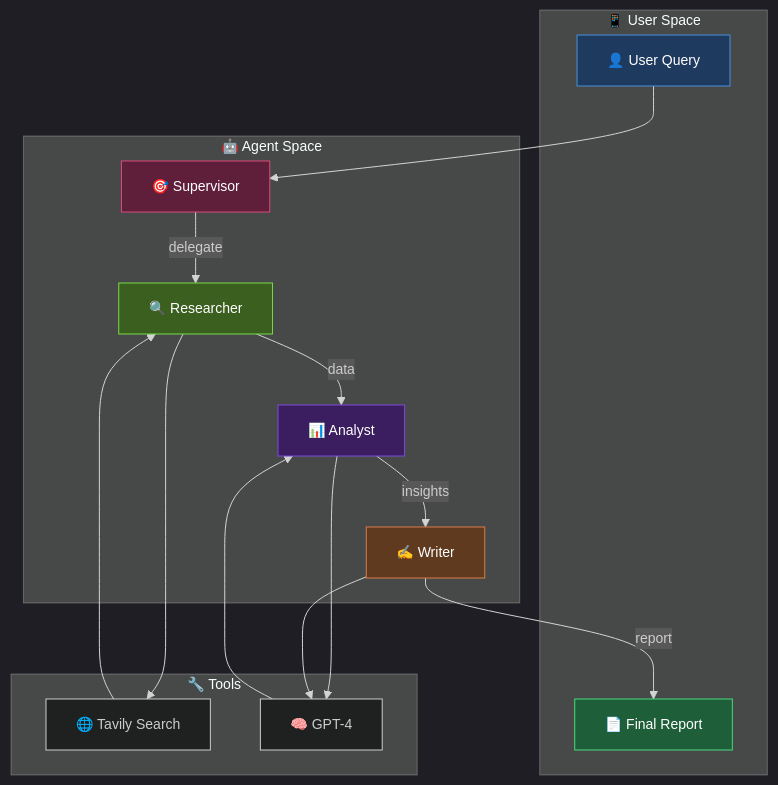
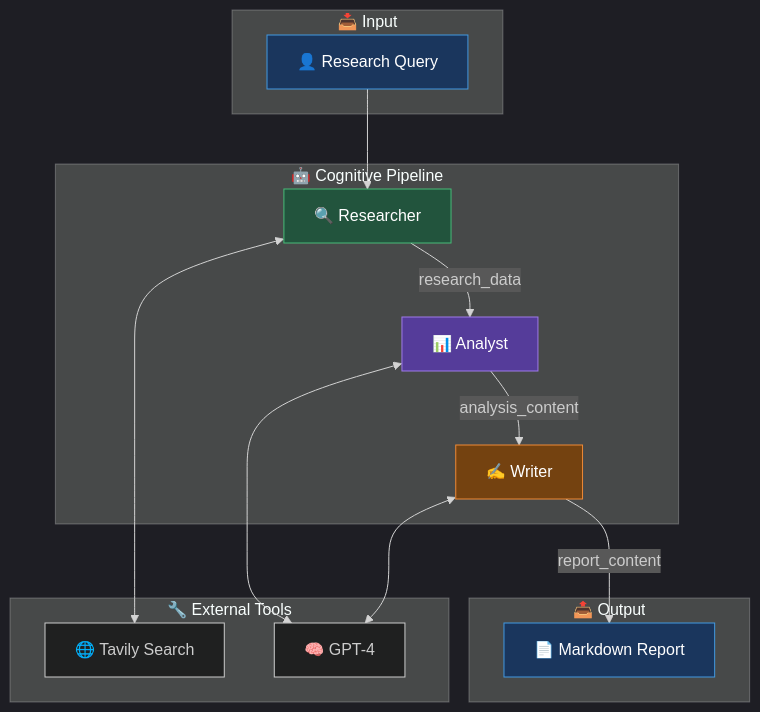
One commit to DaviBonetto/VORTEX-L4-Deep-Research-Agent changed the diagram in README.md. Above: the diagram before and after it, drawn with Mermaid. The commit also changed other lines of this file, not shown here.

Commit message:
docs(readme): update with complete pipeline diagram

````diff
--- a/README.md
+++ b/README.md
@@ -29,38 +29,36 @@
 ```mermaid
-%%{init: {'theme': 'dark', 'themeVariables': { 'fontSize': '14px'}}}%%
+%%{init: {'theme': 'dark'}}%%
 flowchart TD
-    subgraph UserSpace ["📱 User Space"]
-        A["👤 User Query"]
-        H["📄 Final Report"]
+    subgraph Input ["📥 Input"]
+        A["👤 Research Query"]
     end
-
-    subgraph AgentSpace ["🤖 Agent Space"]
-        B["🎯 Supervisor"]
-        C["🔍 Researcher"]
-        D["📊 Analyst"]
-        E["✍️ Writer"]
+    
+    subgraph Pipeline ["🤖 Cognitive Pipeline"]
+        B["🔍 Researcher"]
+        C["📊 Analyst"]
+        D["✍️ Writer"]
     end
-
-    subgraph ToolSpace ["🔧 Tools"]
-        F["🌐 Tavily Search"]
-        G["🧠 GPT-4"]
+    
+    subgraph Tools ["🔧 External Tools"]
+        E["🌐 Tavily Search"]
+        F["🧠 GPT-4"]
+    end
+    
+    subgraph Output ["📤 Output"]
+        G["📄 Markdown Report"]
     end
 
     A --> B
-    B -->|delegate| C
-    C --> F
-    F --> C
-    C -->|data| D
-    D --> G
-    G --> D
-    D -->|insights| E
-    E --> G
-    E -->|report| H
+    B <--> E
+    B -->|research_data| C
+    C <--> F
+    C -->|analysis_content| D
+    D <--> F
+    D -->|report_content| G
 
-    style A fill:#1e3a5f,stroke:#4a90d9,color:#fff
-    style H fill:#1e5f3a,stroke:#4ad97a,color:#fff
-    style B fill:#5f1e3a,stroke:#d94a7a,color:#fff
-    style C fill:#3a5f1e,stroke:#7ad94a,color:#fff
-    style D fill:#3a1e5f,stroke:#7a4ad9,color:#fff
-    style E fill:#5f3a1e,stroke:#d97a4a,color:#fff
+    style A fill:#1a365d,stroke:#4299e1,color:#fff
+    style B fill:#22543d,stroke:#48bb78,color:#fff
+    style C fill:#553c9a,stroke:#9f7aea,color:#fff
+    style D fill:#744210,stroke:#ed8936,color:#fff
+    style G fill:#1a365d,stroke:#4299e1,color:#fff
 ```
````
